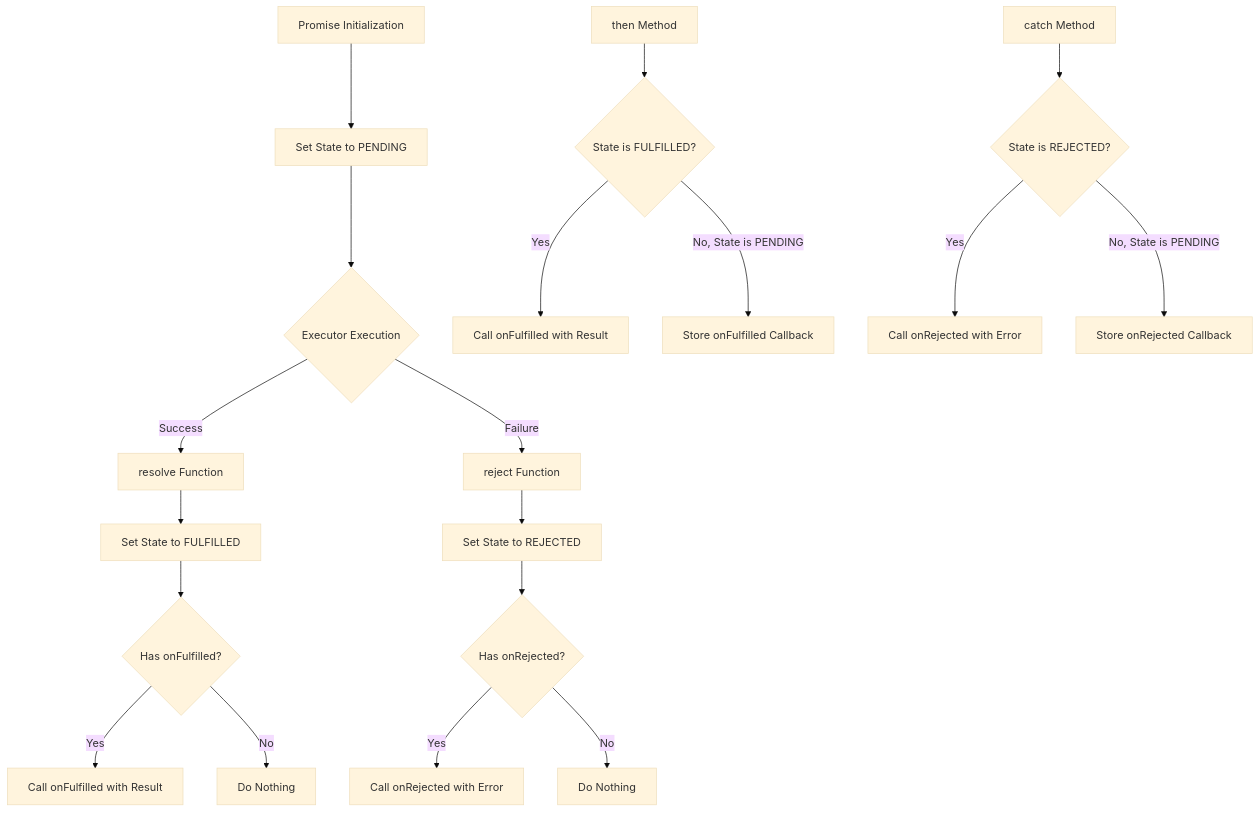
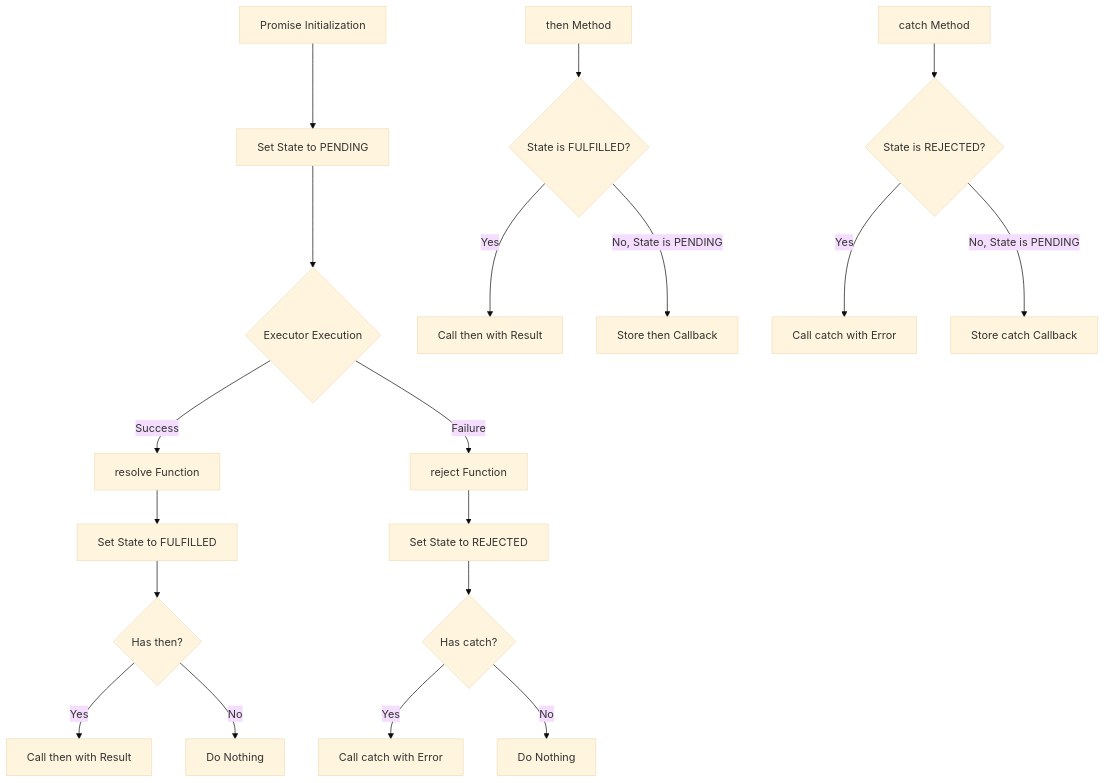
One commit to juanchoclasses/promises-typescript-public changed the diagram in README.md. Above: the diagram before and after it, drawn with Mermaid (base theme). The commit also changed other lines of this file, not shown here.

Commit message:
made tthen and catch be correct.

````diff
--- a/README.md
+++ b/README.md
@@ -10,25 +10,25 @@
-```mermaid
+ ```mermaid
 flowchart TD
- A[Promise Initialization] --> B[Set State to PENDING]
-B --> C{Executor Execution}
-C -->|Success| D[resolve Function]
-C -->|Failure| E[reject Function]
+    A[Promise Initialization] --> B[Set State to PENDING]
+    B --> C{Executor Execution}
+    C -->|Success| D[resolve Function]
+    C -->|Failure| E[reject Function]
 
-D --> F[Set State to FULFILLED]
-F --> G{Has onFulfilled?}
-G -->|Yes| H[Call onFulfilled with Result]
-G -->|No| I[Do Nothing]
+    D --> F[Set State to FULFILLED]
+    F --> G{Has then?}
+    G -->|Yes| H[Call then with Result]
+    G -->|No| I[Do Nothing]
 
-E --> J[Set State to REJECTED]
-J --> K{Has onRejected?}
-K -->|Yes| L[Call onRejected with Error]
-K -->|No| M[Do Nothing]
+    E --> J[Set State to REJECTED]
+    J --> K{Has catch?}
+    K -->|Yes| L[Call catch with Error]
+    K -->|No| M[Do Nothing]
 
-N[then Method] --> O{State is FULFILLED?}
-O -->|Yes| P[Call onFulfilled with Result]
-O -->|No, State is PENDING| Q[Store onFulfilled Callback]
+    N[then Method] --> O{State is FULFILLED?}
+    O -->|Yes| P[Call then with Result]
+    O -->|No, State is PENDING| Q[Store then Callback]
 
-R[catch Method] --> S{State is REJECTED?}
-S -->|Yes| T[Call onRejected with Error]
-S -->|No, State is PENDING| U[Store onRejected Callback]
+    R[catch Method] --> S{State is REJECTED?}
+    S -->|Yes| T[Call catch with Error]
+    S -->|No, State is PENDING| U[Store catch Callback]
 ```
````
